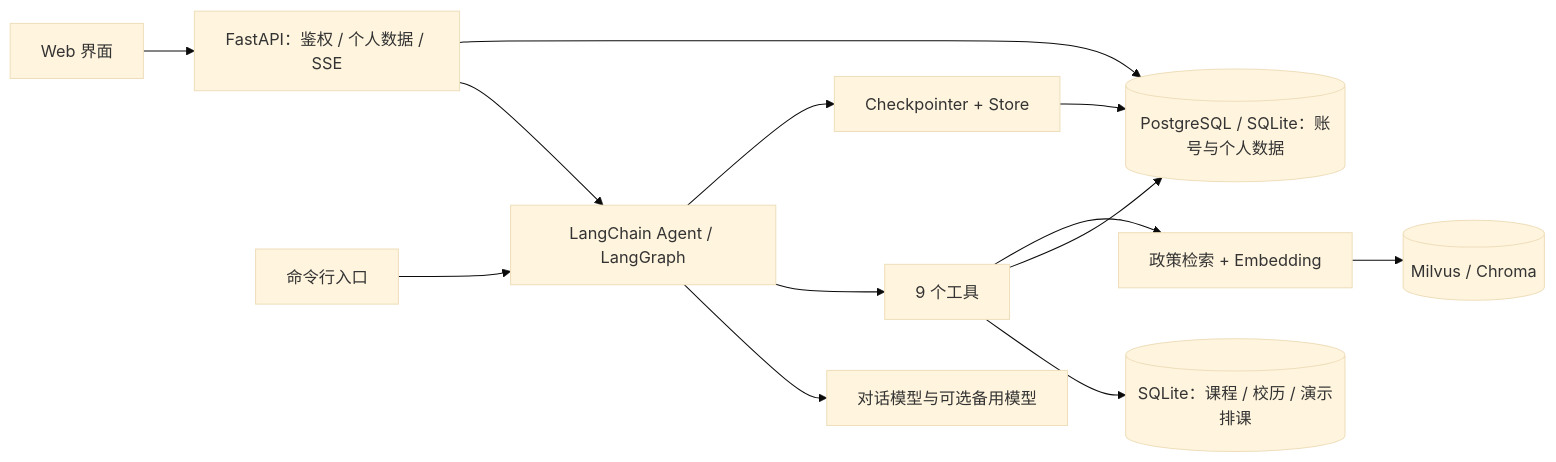
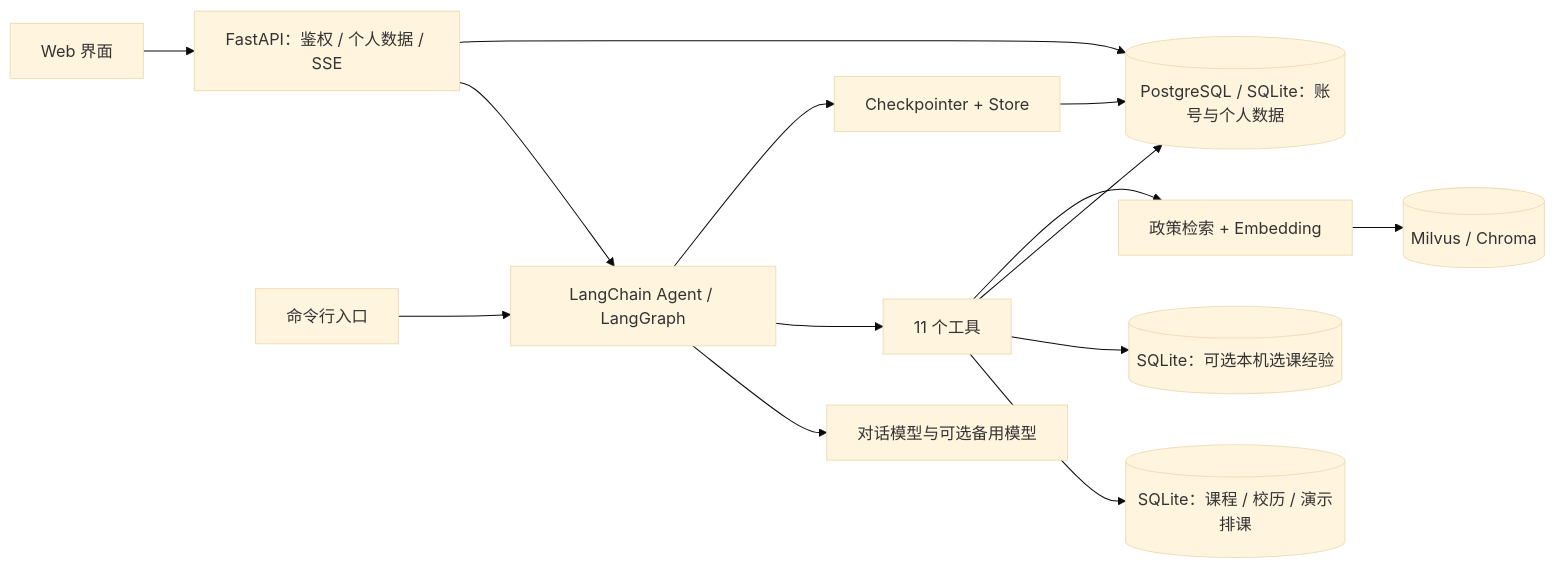
Before and after one commit to z2947428561-star/campus-copilot: the diagram in README.md, drawn with Mermaid (base theme). The commit also changed other lines of this file and 16 other files, not shown here.

````diff
--- a/README.md
+++ b/README.md
@@ -32,15 +33,16 @@
 ```mermaid
 flowchart LR
     Browser[Web 界面] --> API[FastAPI：鉴权 / 个人数据 / SSE]
     CLI[命令行入口] --> Agent[LangChain Agent / LangGraph]
     API --> Agent
     API --> UserDB[(PostgreSQL / SQLite：账号与个人数据)]
     Agent --> LLM[对话模型与可选备用模型]
-    Agent --> Tools[9 个工具]
+    Agent --> Tools[11 个工具]
     Tools --> Catalog[(SQLite：课程 / 校历 / 演示排课)]
+    Tools --> Feedback[(SQLite：可选本机选课经验)]
     Tools --> UserDB
     Tools --> RAG[政策检索 + Embedding]
     RAG --> Vector[(Milvus / Chroma)]
     Agent --> Memory[Checkpointer + Store]
     Memory --> UserDB
 ```
````
